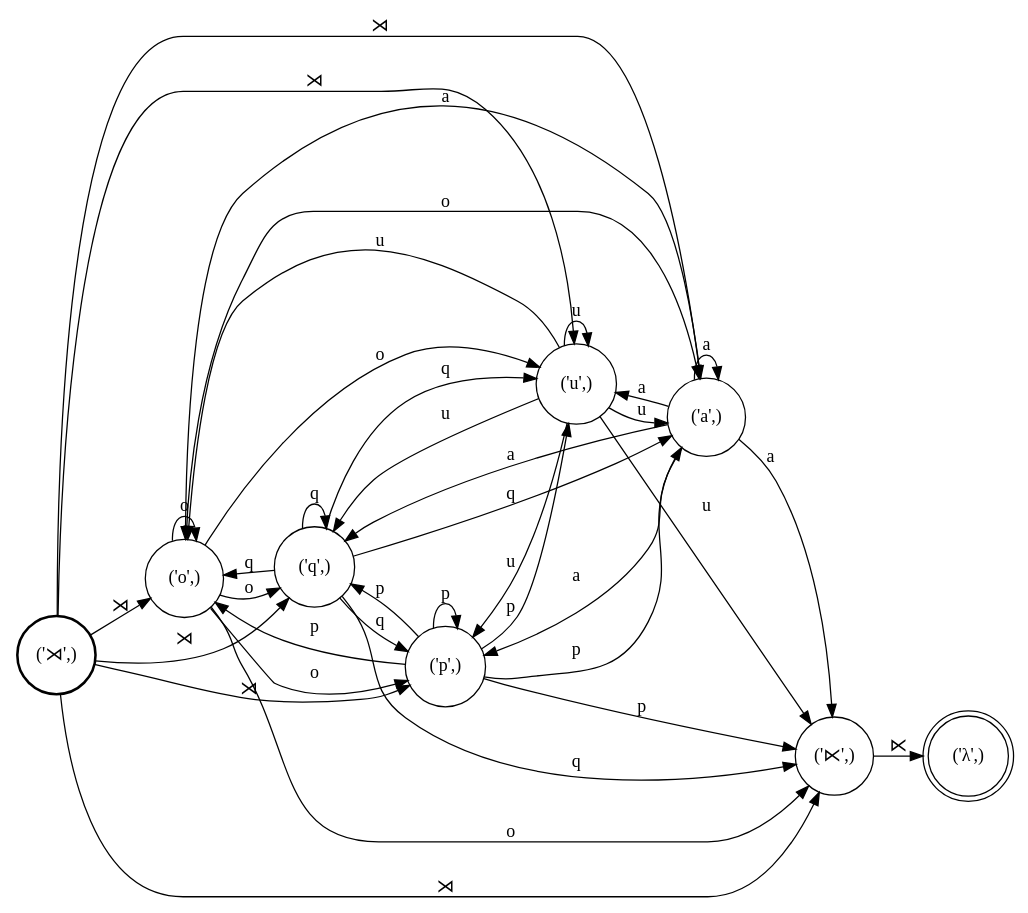
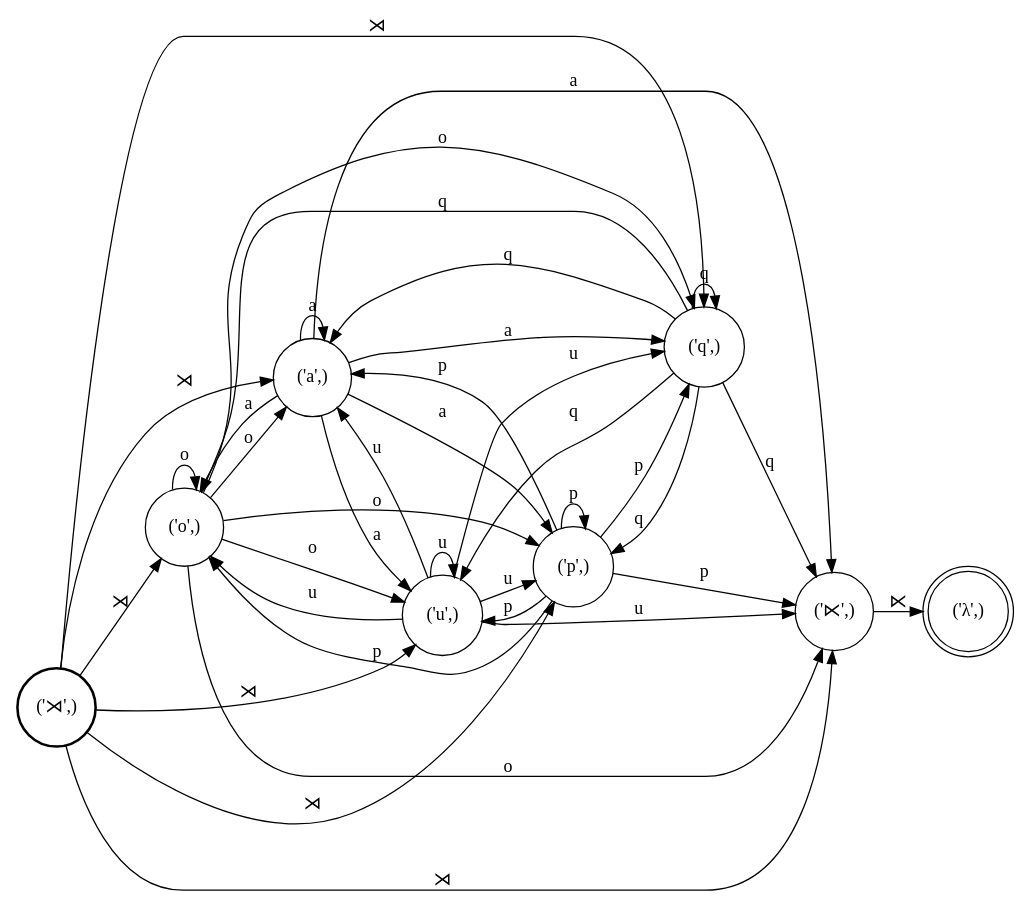
Before and after one commit to colincwilson/statgram: the diagram in demo/quechua/Right_context.dot, drawn with Graphviz. The commit also changed 7 other files, not shown here.

```diff
--- a/demo/quechua/Right_context.dot
+++ b/demo/quechua/Right_context.dot
@@ -1,53 +1,53 @@
 digraph FST {
 rankdir = LR;
 size = "8.5,11";
 center = 1;
 orientation = Portrait;
 ranksep = "0.4";
 nodesep = "0.25";
 7 [label = "('⋊',)", shape = circle, style = bold, fontsize = 14]
+	7 -> 4 [label = "⋊", fontsize = 14];
+	7 -> 5 [label = "⋊", fontsize = 14];
+	7 -> 1 [label = "⋊", fontsize = 14];
+	7 -> 3 [label = "⋊", fontsize = 14];
 	7 -> 6 [label = "⋊", fontsize = 14];
-	7 -> 5 [label = "⋊", fontsize = 14];
-	7 -> 4 [label = "⋊", fontsize = 14];
-	7 -> 1 [label = "⋊", fontsize = 14];
 	7 -> 2 [label = "⋊", fontsize = 14];
-	7 -> 3 [label = "⋊", fontsize = 14];
 0 [label = "('λ',)", shape = doublecircle, style = solid, fontsize = 14]
 1 [label = "('⋉',)", shape = circle, style = solid, fontsize = 14]
 	1 -> 0 [label = "⋉", fontsize = 14];
 2 [label = "('u',)", shape = circle, style = solid, fontsize = 14]
 	2 -> 1 [label = "u", fontsize = 14];
+	2 -> 4 [label = "u", fontsize = 14];
 	2 -> 6 [label = "u", fontsize = 14];
-	2 -> 2 [label = "u", fontsize = 14];
 	2 -> 5 [label = "u", fontsize = 14];
 	2 -> 3 [label = "u", fontsize = 14];
-	2 -> 4 [label = "u", fontsize = 14];
-3 [label = "('p',)", shape = circle, style = solid, fontsize = 14]
-	3 -> 1 [label = "p", fontsize = 14];
-	3 -> 6 [label = "p", fontsize = 14];
-	3 -> 2 [label = "p", fontsize = 14];
-	3 -> 5 [label = "p", fontsize = 14];
-	3 -> 3 [label = "p", fontsize = 14];
-	3 -> 4 [label = "p", fontsize = 14];
-4 [label = "('a',)", shape = circle, style = solid, fontsize = 14]
-	4 -> 1 [label = "a", fontsize = 14];
-	4 -> 6 [label = "a", fontsize = 14];
-	4 -> 2 [label = "a", fontsize = 14];
-	4 -> 5 [label = "a", fontsize = 14];
-	4 -> 3 [label = "a", fontsize = 14];
-	4 -> 4 [label = "a", fontsize = 14];
-5 [label = "('q',)", shape = circle, style = solid, fontsize = 14]
-	5 -> 1 [label = "q", fontsize = 14];
-	5 -> 6 [label = "q", fontsize = 14];
-	5 -> 2 [label = "q", fontsize = 14];
-	5 -> 5 [label = "q", fontsize = 14];
-	5 -> 3 [label = "q", fontsize = 14];
-	5 -> 4 [label = "q", fontsize = 14];
-6 [label = "('o',)", shape = circle, style = solid, fontsize = 14]
-	6 -> 1 [label = "o", fontsize = 14];
-	6 -> 6 [label = "o", fontsize = 14];
-	6 -> 2 [label = "o", fontsize = 14];
-	6 -> 5 [label = "o", fontsize = 14];
-	6 -> 3 [label = "o", fontsize = 14];
-	6 -> 4 [label = "o", fontsize = 14];
+	2 -> 2 [label = "u", fontsize = 14];
+3 [label = "('q',)", shape = circle, style = solid, fontsize = 14]
+	3 -> 1 [label = "q", fontsize = 14];
+	3 -> 4 [label = "q", fontsize = 14];
+	3 -> 6 [label = "q", fontsize = 14];
+	3 -> 5 [label = "q", fontsize = 14];
+	3 -> 3 [label = "q", fontsize = 14];
+	3 -> 2 [label = "q", fontsize = 14];
+4 [label = "('o',)", shape = circle, style = solid, fontsize = 14]
+	4 -> 1 [label = "o", fontsize = 14];
+	4 -> 4 [label = "o", fontsize = 14];
+	4 -> 6 [label = "o", fontsize = 14];
+	4 -> 5 [label = "o", fontsize = 14];
+	4 -> 3 [label = "o", fontsize = 14];
+	4 -> 2 [label = "o", fontsize = 14];
+5 [label = "('a',)", shape = circle, style = solid, fontsize = 14]
+	5 -> 1 [label = "a", fontsize = 14];
+	5 -> 4 [label = "a", fontsize = 14];
+	5 -> 6 [label = "a", fontsize = 14];
+	5 -> 5 [label = "a", fontsize = 14];
+	5 -> 3 [label = "a", fontsize = 14];
+	5 -> 2 [label = "a", fontsize = 14];
+6 [label = "('p',)", shape = circle, style = solid, fontsize = 14]
+	6 -> 1 [label = "p", fontsize = 14];
+	6 -> 4 [label = "p", fontsize = 14];
+	6 -> 6 [label = "p", fontsize = 14];
+	6 -> 5 [label = "p", fontsize = 14];
+	6 -> 3 [label = "p", fontsize = 14];
+	6 -> 2 [label = "p", fontsize = 14];
 }
```
